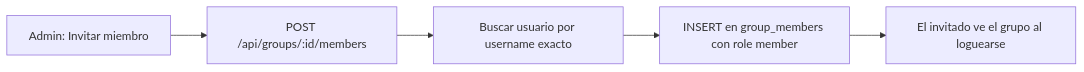
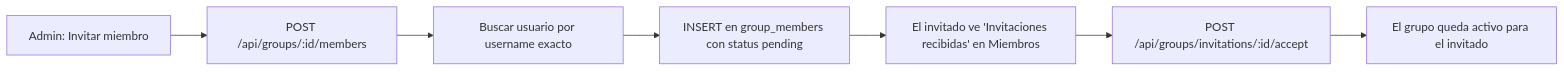
Before and after one commit to Genoshan/wesplit: the second of 2 diagrams in docs/flow_diagram.md, drawn with Mermaid. The commit also changed other lines of this file and 8 other files, not shown here.

````diff
--- a/docs/flow_diagram.md
+++ b/docs/flow_diagram.md
@@ -51,7 +51,9 @@
 ```mermaid
 graph LR
     A[Admin: Invitar miembro] --> B[POST /api/groups/:id/members]
     B --> C[Buscar usuario por username exacto]
-    C --> D[INSERT en group_members con role member]
-    D --> E[El invitado ve el grupo al loguearse]
+    C --> D[INSERT en group_members con status pending]
+    D --> E[El invitado ve 'Invitaciones recibidas' en Miembros]
+    E --> F[POST /api/groups/invitations/:id/accept]
+    F --> G[El grupo queda activo para el invitado]
 ```
````
